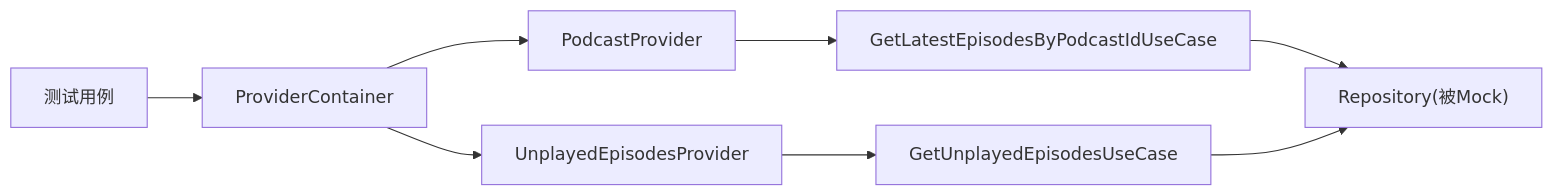
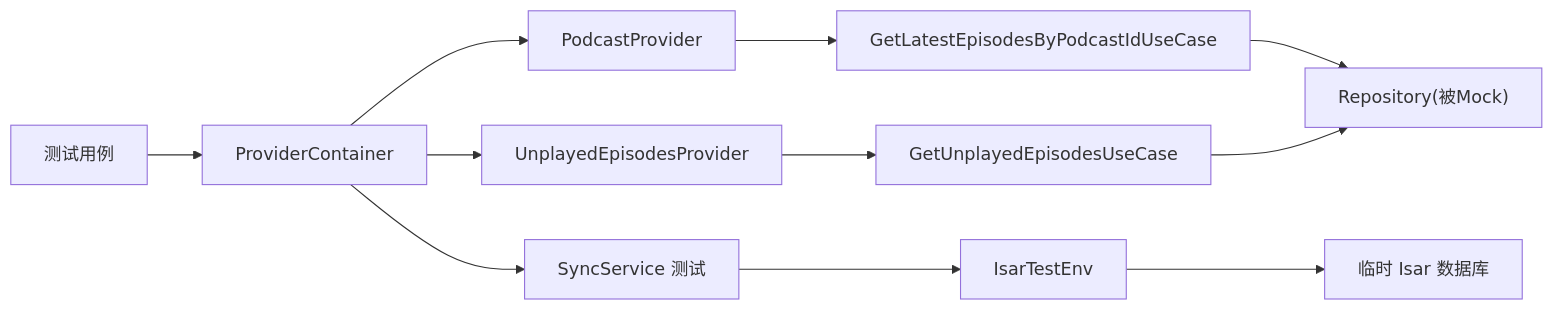
One commit to ZTfer/Tinycast changed the eighth of 8 diagrams in .qoder/repowiki/zh/content/架构设计/设计模式应用/Provider Pattern（提供者模式）/Provider 测试策略.md. Above: the diagram before and after it, drawn with Mermaid. The commit also changed other lines of this file and 7 other files, not shown here.

````diff
--- a/.qoder/repowiki/zh/content/架构设计/设计模式应用/Provider Pattern（提供者模式）/Provider 测试策略.md
+++ b/.qoder/repowiki/zh/content/架构设计/设计模式应用/Provider Pattern（提供者模式）/Provider 测试策略.md
@@ -249,10 +339,13 @@
 ```mermaid
 graph LR
 Test["测试用例"] --> Container["ProviderContainer"]
 Container --> PP["PodcastProvider"]
 Container --> UEPP["UnplayedEpisodesProvider"]
+Container --> SyncTest["SyncService 测试"]
 PP --> UC1["GetLatestEpisodesByPodcastIdUseCase"]
 UEPP --> UC2["GetUnplayedEpisodesUseCase"]
+SyncTest --> IsarEnv["IsarTestEnv"]
 UC1 --> Repo["Repository(被Mock)"]
 UC2 --> Repo
+IsarEnv --> DB["临时 Isar 数据库"]
 ```
````
